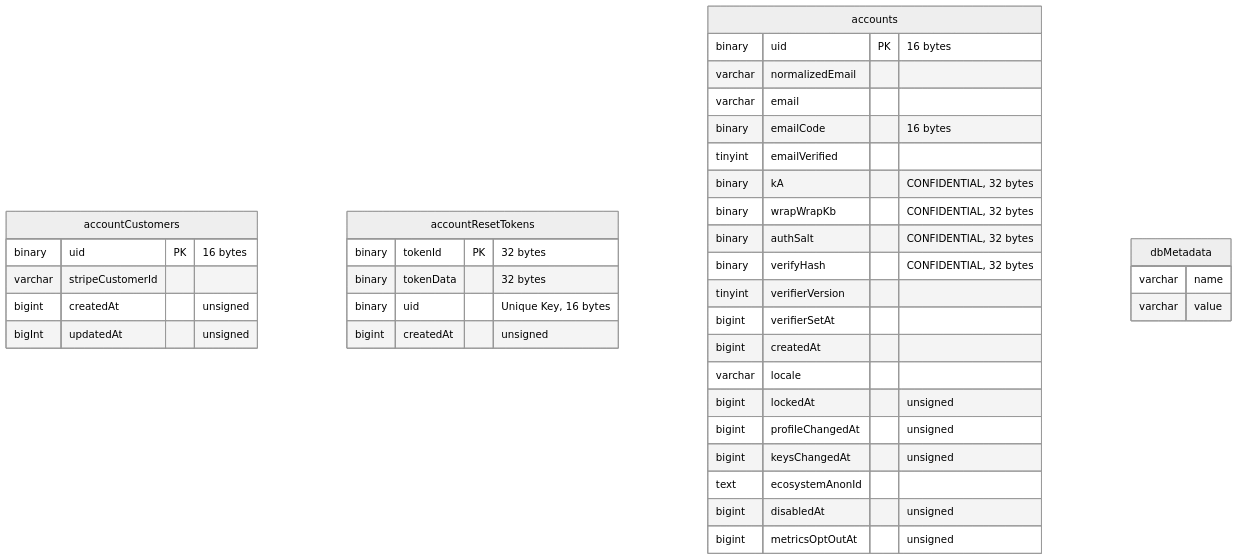
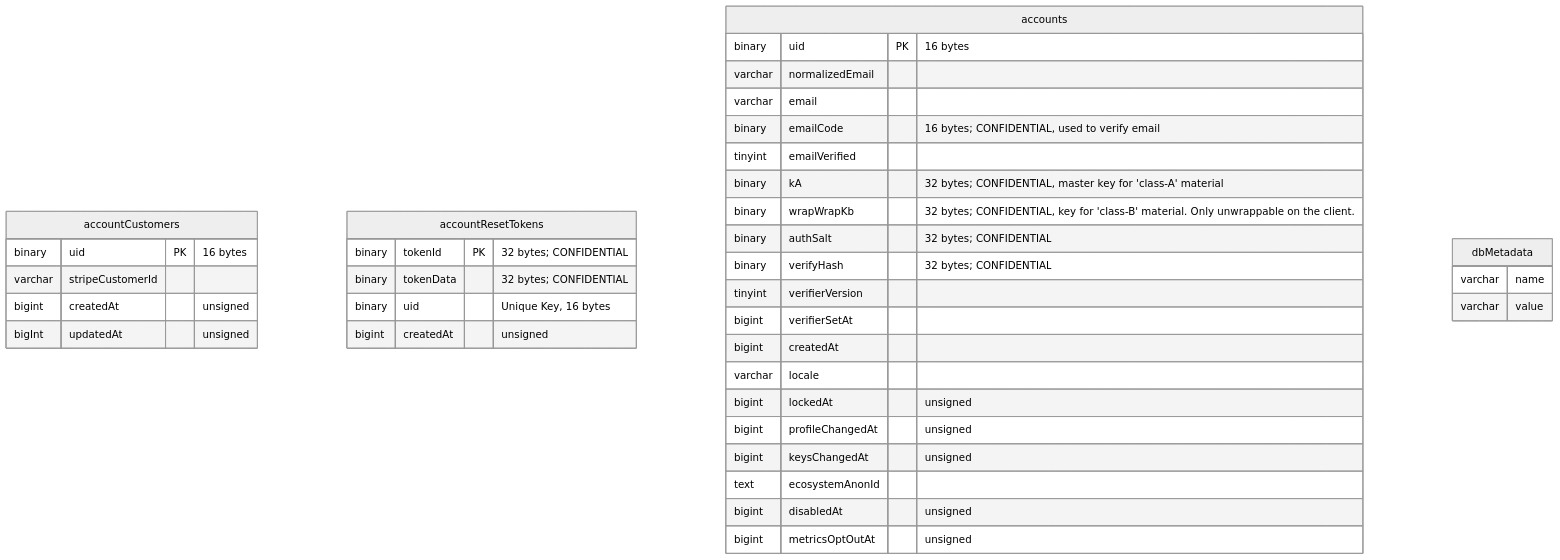
Before and after one commit to mozilla/ecosystem-platform: the first of 10 diagrams in docs/reference/database-structure.md, drawn with Mermaid (neutral theme). The commit also changed other lines of this file, not shown here.

````diff
--- a/docs/reference/database-structure.md
+++ b/docs/reference/database-structure.md
@@ -26,40 +26,40 @@
 ```mermaid
 erDiagram
     accountCustomers {
         binary uid PK "16 bytes"
         varchar stripeCustomerId
         bigint createdAt "unsigned"
         bigInt updatedAt "unsigned"
     }
     accountResetTokens {
-        binary tokenId PK "32 bytes"
-        binary tokenData "32 bytes"
+        binary tokenId PK "32 bytes; CONFIDENTIAL"
+        binary tokenData "32 bytes; CONFIDENTIAL"
         binary uid "Unique Key, 16 bytes"
         bigint createdAt "unsigned"
     }
     accounts {
         binary uid PK "16 bytes"
         varchar normalizedEmail
         varchar email
-        binary emailCode "16 bytes"
+        binary emailCode "16 bytes; CONFIDENTIAL, used to verify email"
         tinyint emailVerified
-        binary kA "CONFIDENTIAL, 32 bytes"
-        binary wrapWrapKb "CONFIDENTIAL, 32 bytes"
-        binary authSalt "CONFIDENTIAL, 32 bytes"
-        binary verifyHash "CONFIDENTIAL, 32 bytes"
+        binary kA "32 bytes; CONFIDENTIAL, master key for 'class-A' material"
+        binary wrapWrapKb "32 bytes; CONFIDENTIAL, key for 'class-B' material. Only unwrappable on the client."
+        binary authSalt "32 bytes; CONFIDENTIAL"
+        binary verifyHash "32 bytes; CONFIDENTIAL"
         tinyint verifierVersion
         bigint verifierSetAt
         bigint createdAt
         varchar locale
         bigint lockedAt "unsigned"
         bigint profileChangedAt "unsigned"
         bigint keysChangedAt "unsigned"
         text ecosystemAnonId
         bigint disabledAt "unsigned"
         bigint metricsOptOutAt "unsigned"
     }
     dbMetadata {
         varchar name
         varchar value
     }
 ```
````
